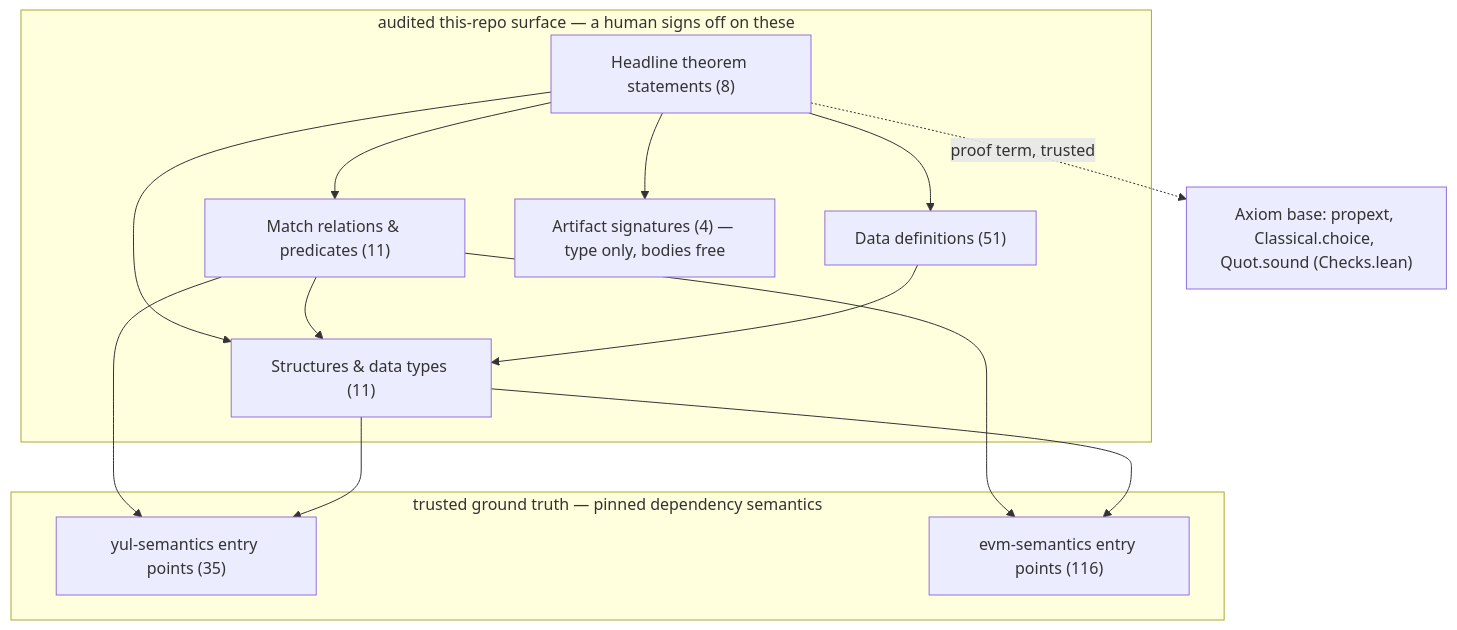
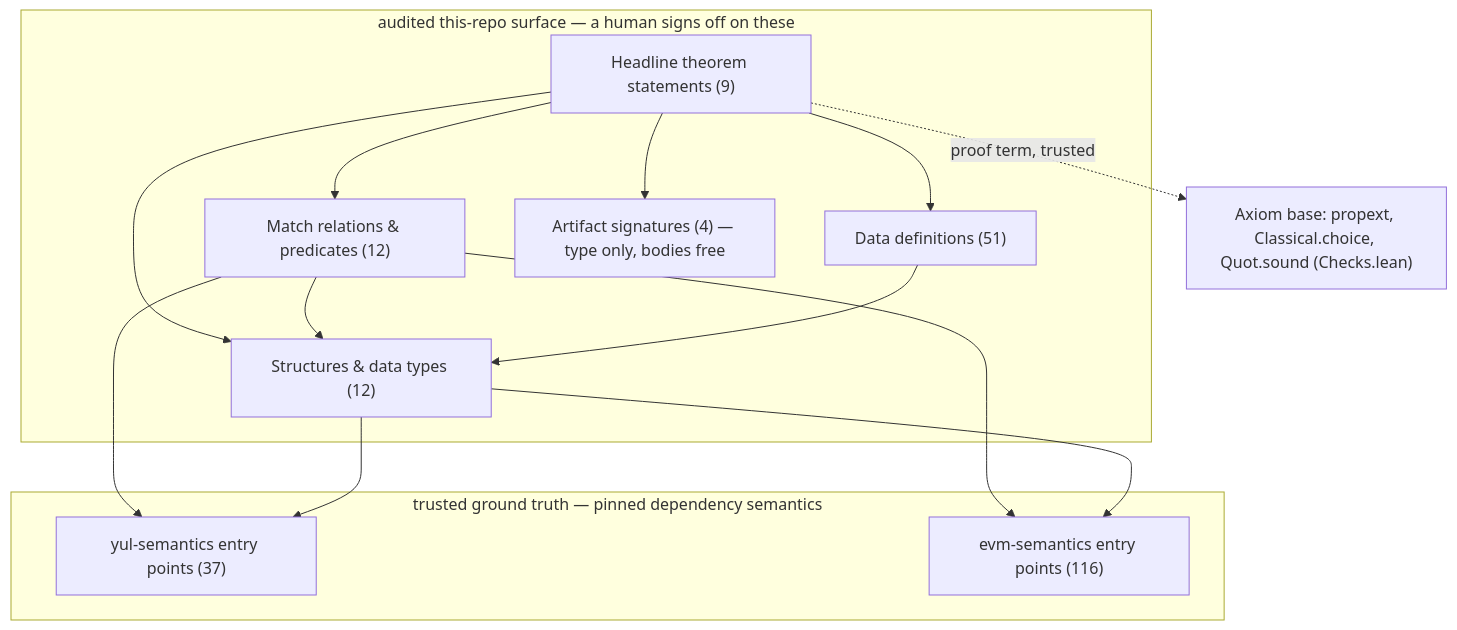
The diagram in SPEC.md (powdr-labs/yul-compiler), drawn with Mermaid before and after one commit. The commit also changed other lines of this file and 1 other file, not shown here.

````diff
--- a/SPEC.md
+++ b/SPEC.md
@@ -23,20 +23,20 @@
 ```mermaid
 flowchart TD
   subgraph audited ["audited this-repo surface — a human signs off on these"]
-    S["Headline theorem statements (8)"]
-    R["Match relations & predicates (11)"]
-    T["Structures & data types (11)"]
+    S["Headline theorem statements (9)"]
+    R["Match relations & predicates (12)"]
+    T["Structures & data types (12)"]
     D["Data definitions (51)"]
     A["Artifact signatures (4) — type only, bodies free"]
   end
   subgraph external ["trusted ground truth — pinned dependency semantics"]
-    YUL["yul-semantics entry points (35)"]
+    YUL["yul-semantics entry points (37)"]
     EVM["evm-semantics entry points (116)"]
   end
   AX["Axiom base: propext, Classical.choice, Quot.sound (Checks.lean)"]
   S --> R & T & D & A
   R --> T & YUL & EVM
   D --> T
   T --> YUL & EVM
   S -.->|proof term, trusted| AX
 ```
````
